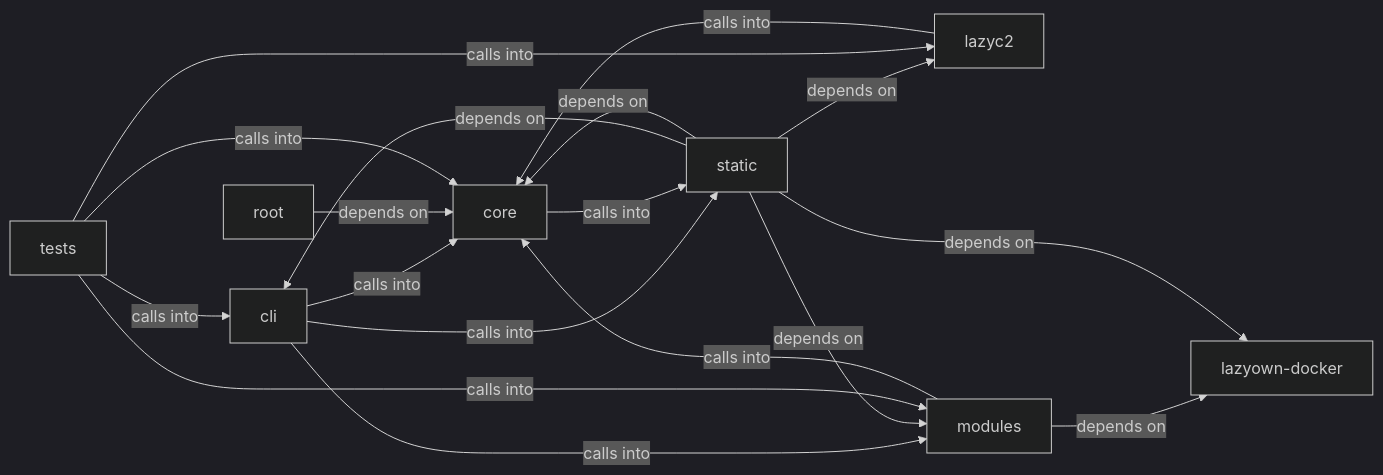
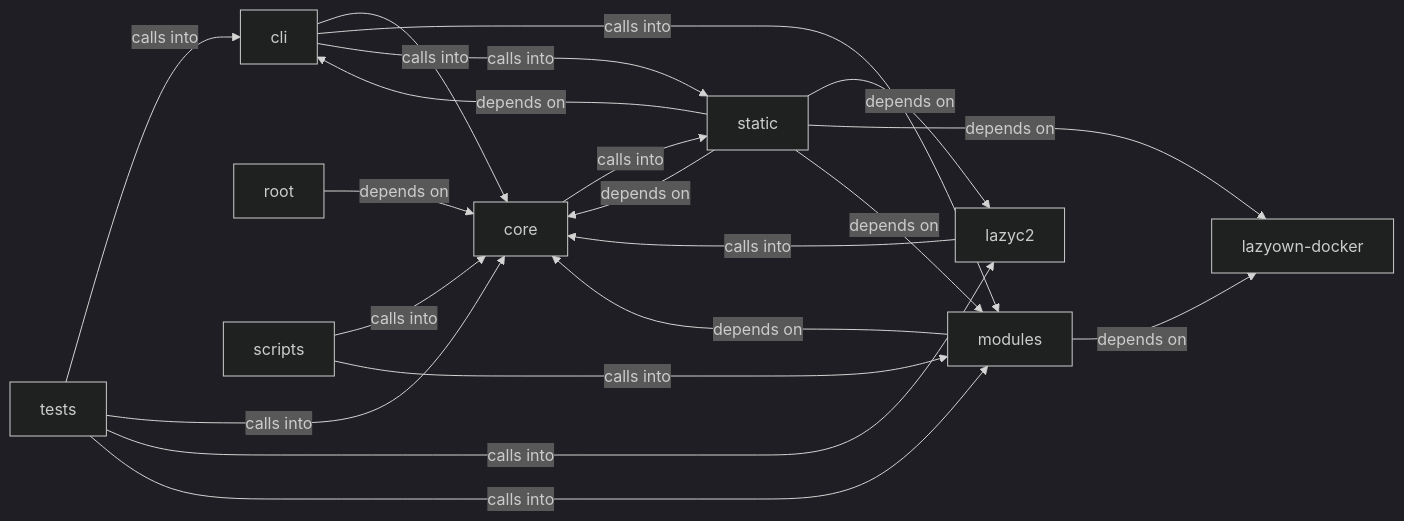
One commit to grisuno/LazyOwn changed the diagram in readmenator-diagrams/static_js.md. Above: the diagram before and after it, drawn with Mermaid (dark theme). The commit also changed other lines of this file and 451 other files, not shown here.

````diff
--- a/readmenator-diagrams/static_js.md
+++ b/readmenator-diagrams/static_js.md
@@ -5,28 +5,31 @@
 ```mermaid
 graph LR
     cli["cli"]
     core["core"]
     lazyc2["lazyc2"]
     lazyown_docker["lazyown-docker"]
     modules["modules"]
     root["root"]
+    scripts["scripts"]
     static["static"]
     tests["tests"]
     cli -- "calls into" --> core
     cli -- "calls into" --> modules
     cli -- "calls into" --> static
     core -- "calls into" --> static
     lazyc2 -- "calls into" --> core
-    modules -- "calls into" --> core
+    modules -- "depends on" --> core
     modules -- "depends on" --> lazyown_docker
     root -- "depends on" --> core
+    scripts -- "calls into" --> core
+    scripts -- "calls into" --> modules
     static -- "depends on" --> cli
     static -- "depends on" --> core
     static -- "depends on" --> lazyc2
     static -- "depends on" --> lazyown_docker
     static -- "depends on" --> modules
     tests -- "calls into" --> cli
     tests -- "calls into" --> core
     tests -- "calls into" --> lazyc2
     tests -- "calls into" --> modules
 ```
````
